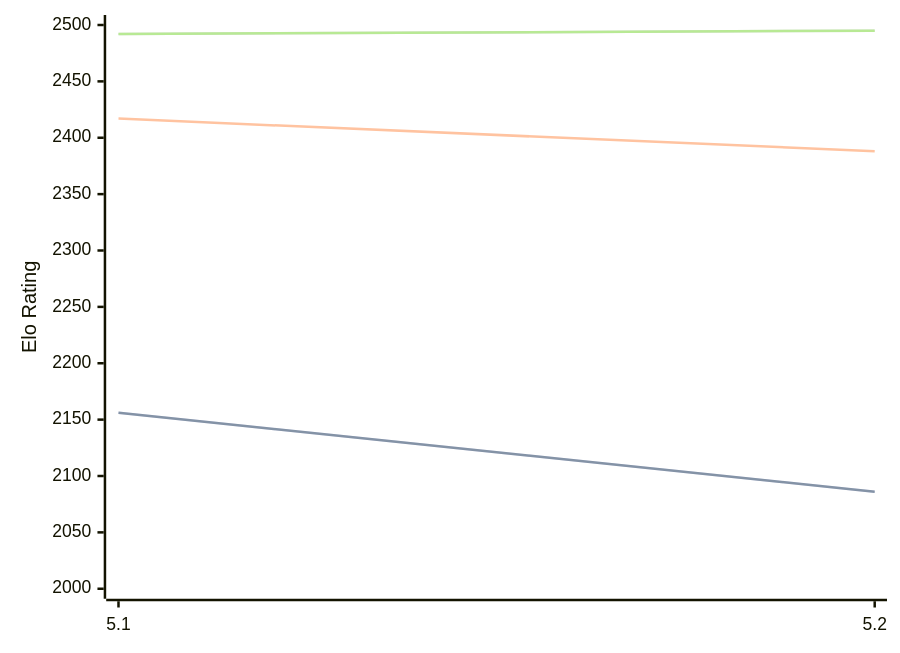
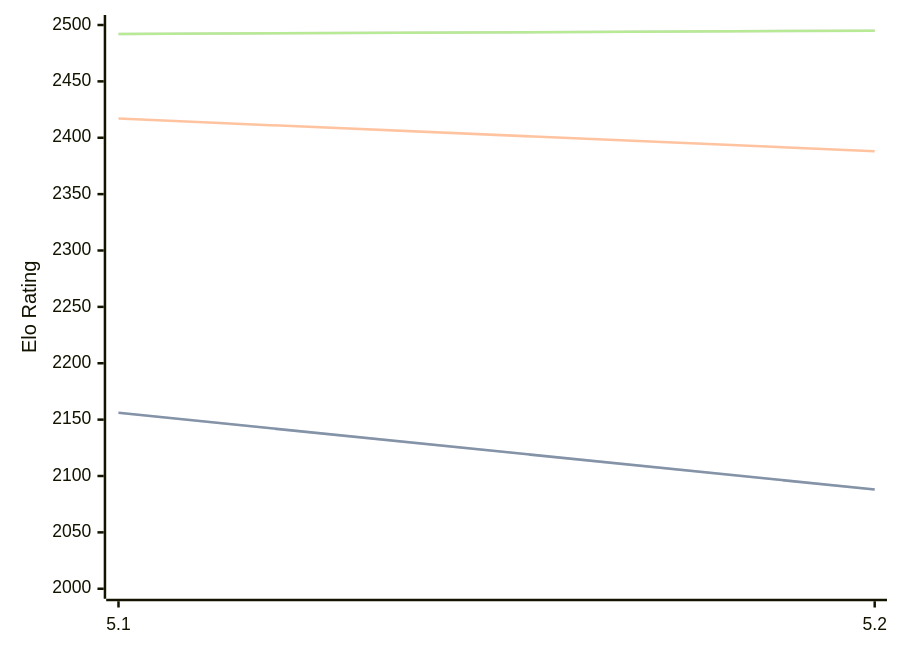
One commit to computer-chess-index/cci changed the first of 3 diagrams in engines/Prophet.md. Above: the diagram before and after it, drawn with Mermaid. The commit also changed other lines of this file, not shown here.

````diff
--- a/engines/Prophet.md
+++ b/engines/Prophet.md
@@ -38,11 +38,11 @@
 ```mermaid
 %%{init: {"theme":"base","themeVariables":{"seriesColors:['#a3a3a3','#222221','#faa371']}}}%%
 xychart-beta
   x-axis ["5.1", "5.2"]
   y-axis "Elo Rating" 2000 --> 2500
-  line "STC (8.0+0.08s)" [2156, 2086]
-  line "STC (8.0+0.08s)" [2156, 2086]
+  line "STC (8.0+0.08s)" [2156, 2088]
+  line "STC (8.0+0.08s)" [2156, 2088]
   line "LTC (60.0+0.60s)" [2417, 2388]
   line "VLTC (2m24s+1.12s)" [2492, 2495]
   line "VLTC (2m24s+1.12s)" [2492, 2495]
 ```
````
